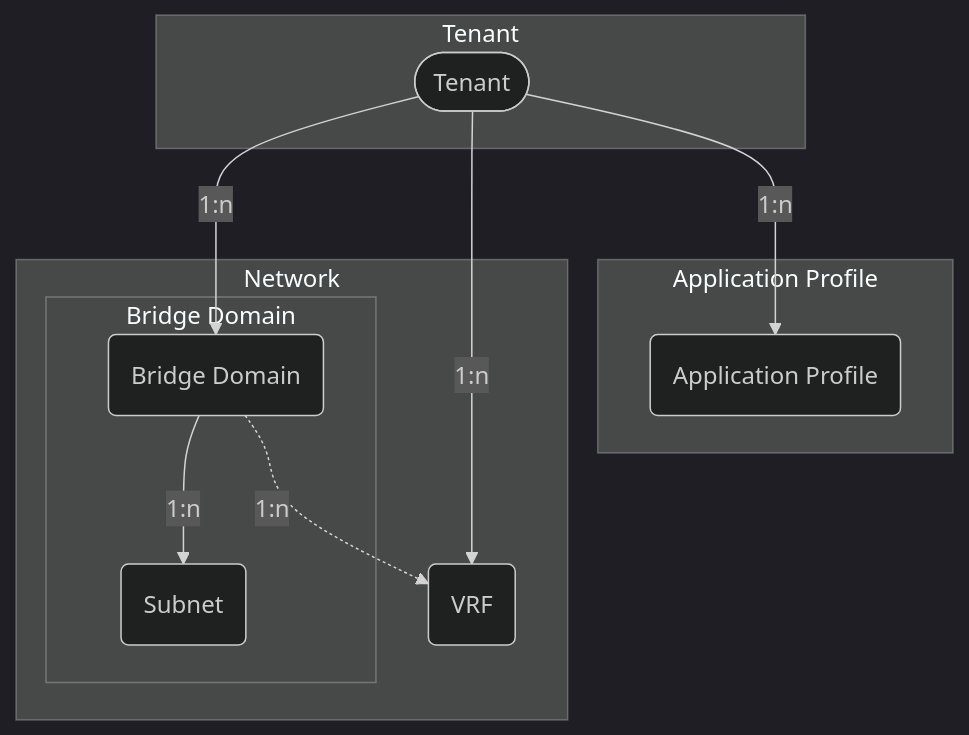
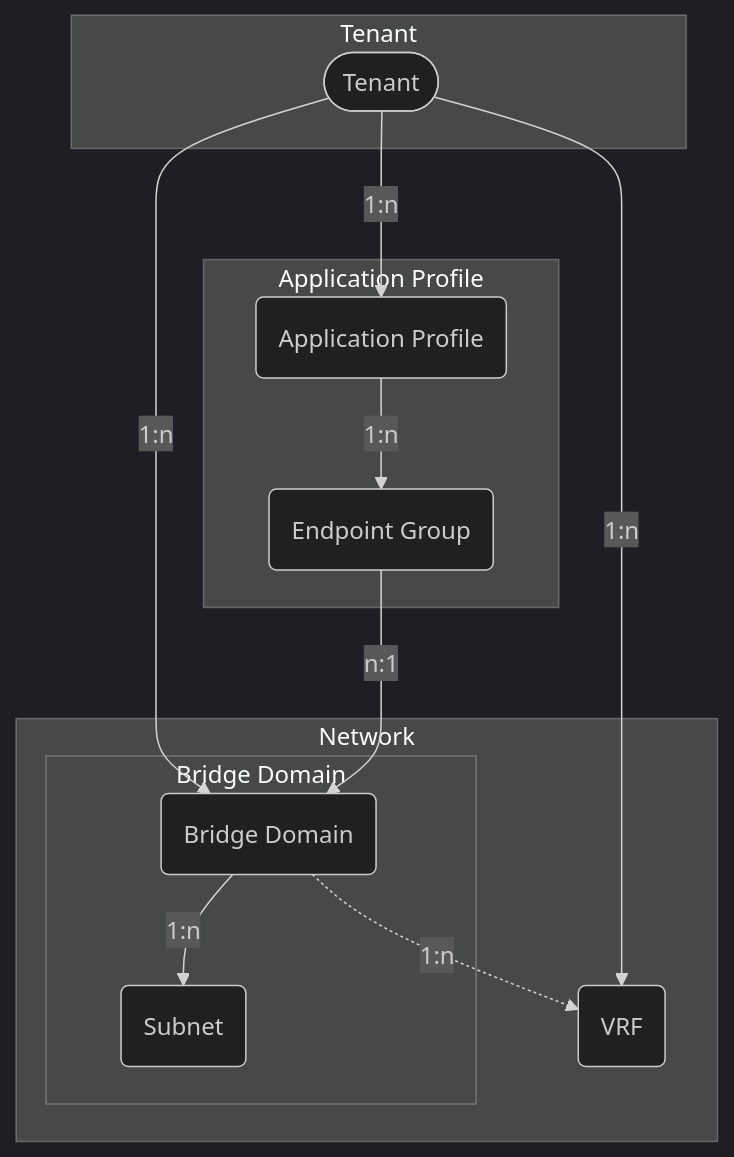
The diagram in docs/features/tenants.md (pheus/netbox-aci-plugin), drawn with Mermaid (dark theme) before and after one commit. The commit also changed other lines of this file and 1 other file, not shown here.

Commit message:
docs(epgs): Add ACIEndpointGroup docs

````diff
--- a/docs/features/tenants.md
+++ b/docs/features/tenants.md
@@ -5,22 +5,25 @@
 ```mermaid
 flowchart TD
     TN([Tenant])
     AP(Application Profile)
+    EPG(Endpoint Group)
     BD(Bridge Domain)
     SN(Subnet)
     VRF(VRF)
     subgraph graphTN [Tenant]
         TN
     end
     subgraph graphAP [Application Profile]
         TN -->|1:n| AP
+        AP -->|1:n| EPG
     end
     subgraph graphNW [Network]
         TN -->|1:n| VRF
         subgraph graphBD [Bridge Domain]
             TN -->|1:n| BD
             BD -->|1:n| SN
         end
         BD -.->|1:n| VRF
     end
+    EPG -->|n:1| BD
 ```
````
